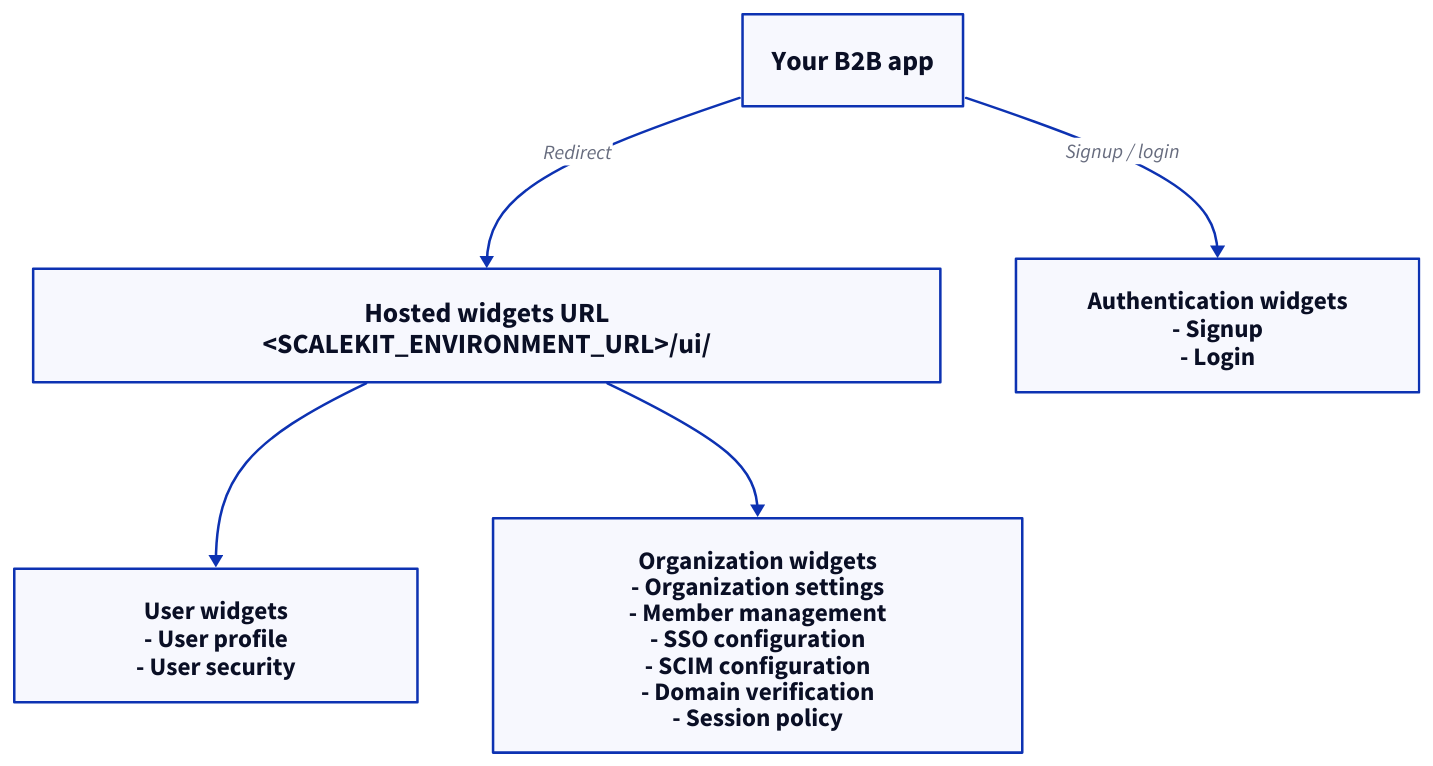
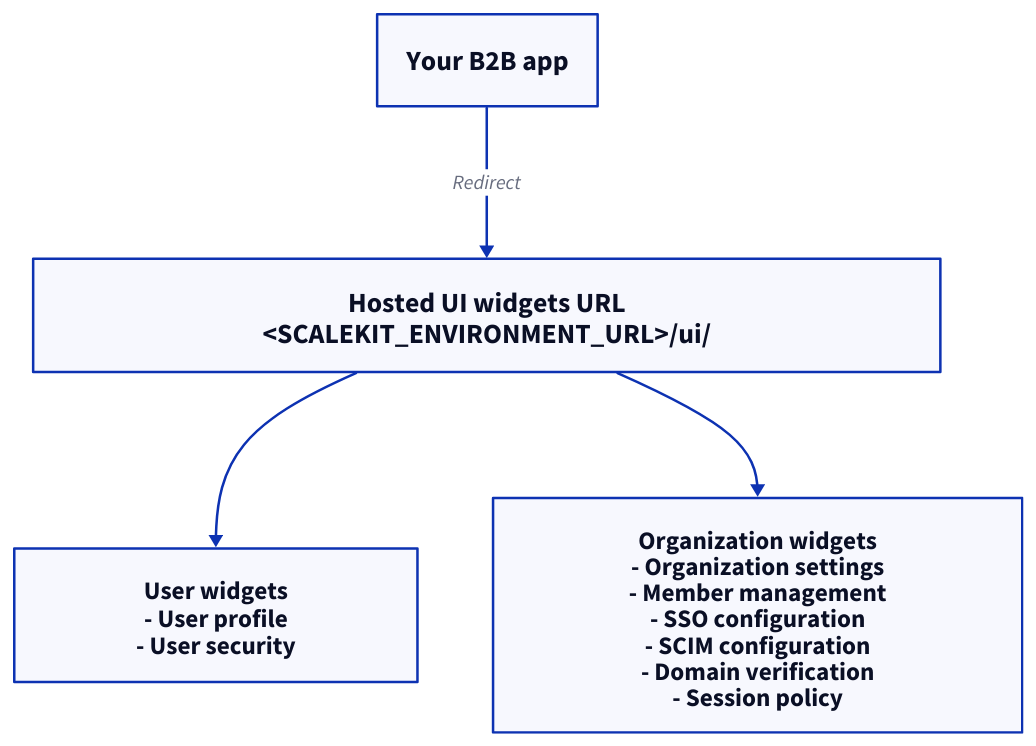
The diagram in src/content/docs/authenticate/manage-users-orgs/hosted-widgets.mdx (scalekit-inc/developer-docs), drawn with D2 before and after one commit. The commit also changed other lines of this file and 3 other files, not shown here.

First line of the commit message:
docs: improve Hosted UI widgets page structure, flow, and clarity

````diff
--- a/src/content/docs/authenticate/manage-users-orgs/hosted-widgets.mdx
+++ b/src/content/docs/authenticate/manage-users-orgs/hosted-widgets.mdx
@@ -41,32 +44,26 @@
 ```d2 pad=56 layout=elk
 direction: down
 
 your_app: "Your B2B app" {
   style.font-size: 22
 }
 
-hosted: "Hosted widgets URL\n<SCALEKIT_ENVIRONMENT_URL>/ui/" {
+hosted: "Hosted UI widgets URL\n<SCALEKIT_ENVIRONMENT_URL>/ui/" {
   style.font-size: 22
   width: 720
-}
-
-auth_widgets: "Authentication widgets\n- Signup\n- Login" {
-  style.font-size: 20
-  width: 320
 }
 
 user_widgets: "User widgets\n- User profile\n- User security" {
   style.font-size: 20
   width: 320
 }
 
 org_widgets: "Organization widgets\n- Organization settings\n- Member management\n- SSO configuration\n- SCIM configuration\n- Domain verification\n- Session policy" {
   style.font-size: 20
   width: 420
 }
 
 your_app -> hosted: "Redirect"
 hosted -> user_widgets
 hosted -> org_widgets
-your_app -> auth_widgets: "Signup / login"
 ```
````
